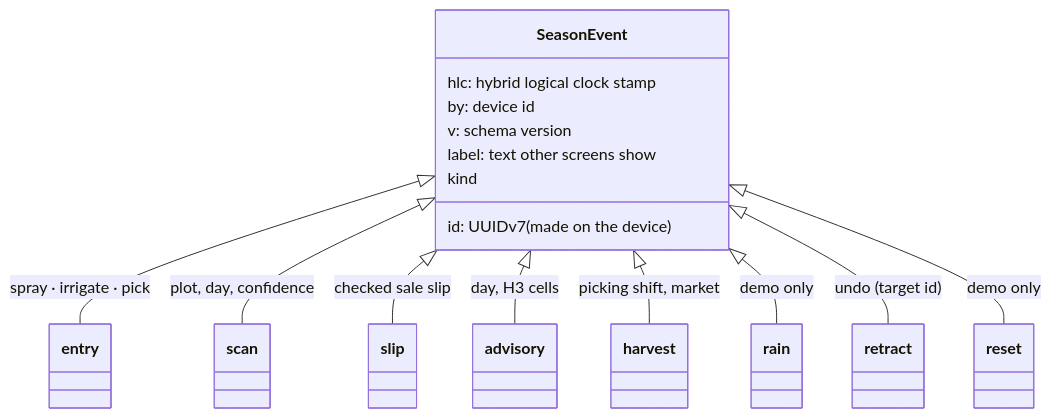
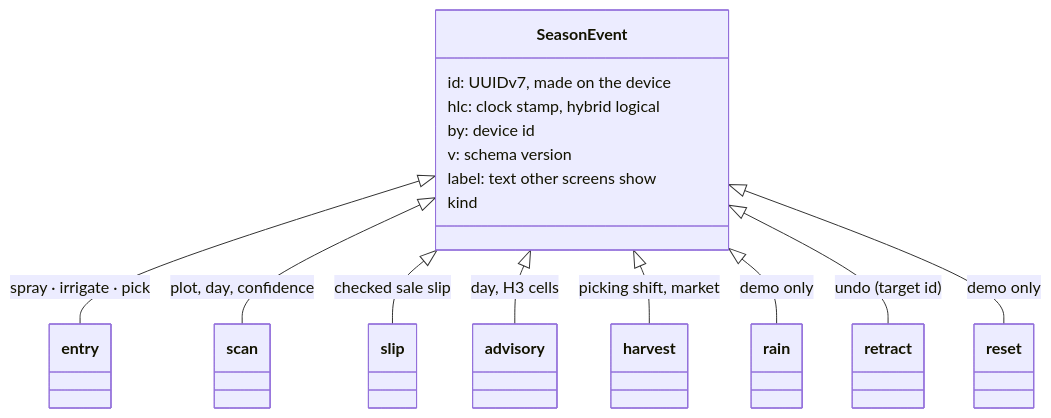
One commit to vizsh/KhetKundli changed the seventh of 16 diagrams in docs/TECHNICAL.md. Above: the diagram before and after it, drawn with Mermaid. The commit also changed other lines of this file and 1 other file, not shown here.

First line of the commit message:
Add the technical guide as a Word document; fix two guide diagrams for GitHub

````diff
--- a/docs/TECHNICAL.md
+++ b/docs/TECHNICAL.md
@@ -314,19 +314,19 @@
 ```mermaid
 classDiagram
   class SeasonEvent {
-    id: UUIDv7 (made on the device)
-    hlc: hybrid logical clock stamp
+    id: UUIDv7, made on the device
+    hlc: clock stamp, hybrid logical
     by: device id
     v: schema version
     label: text other screens show
     kind
   }
   SeasonEvent <|-- entry : spray · irrigate · pick
   SeasonEvent <|-- scan : plot, day, confidence
   SeasonEvent <|-- slip : checked sale slip
   SeasonEvent <|-- advisory : day, H3 cells
   SeasonEvent <|-- harvest : picking shift, market
   SeasonEvent <|-- rain : demo only
   SeasonEvent <|-- retract : undo (target id)
   SeasonEvent <|-- reset : demo only
 ```
````
